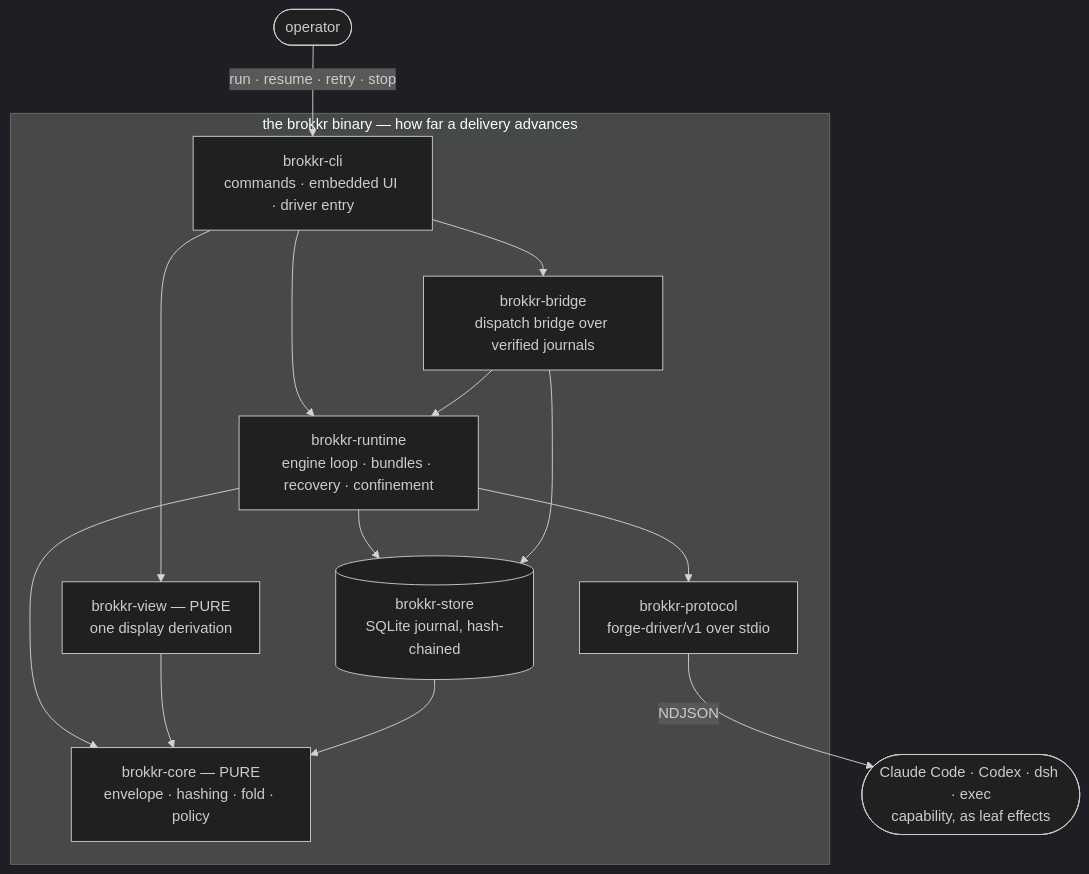
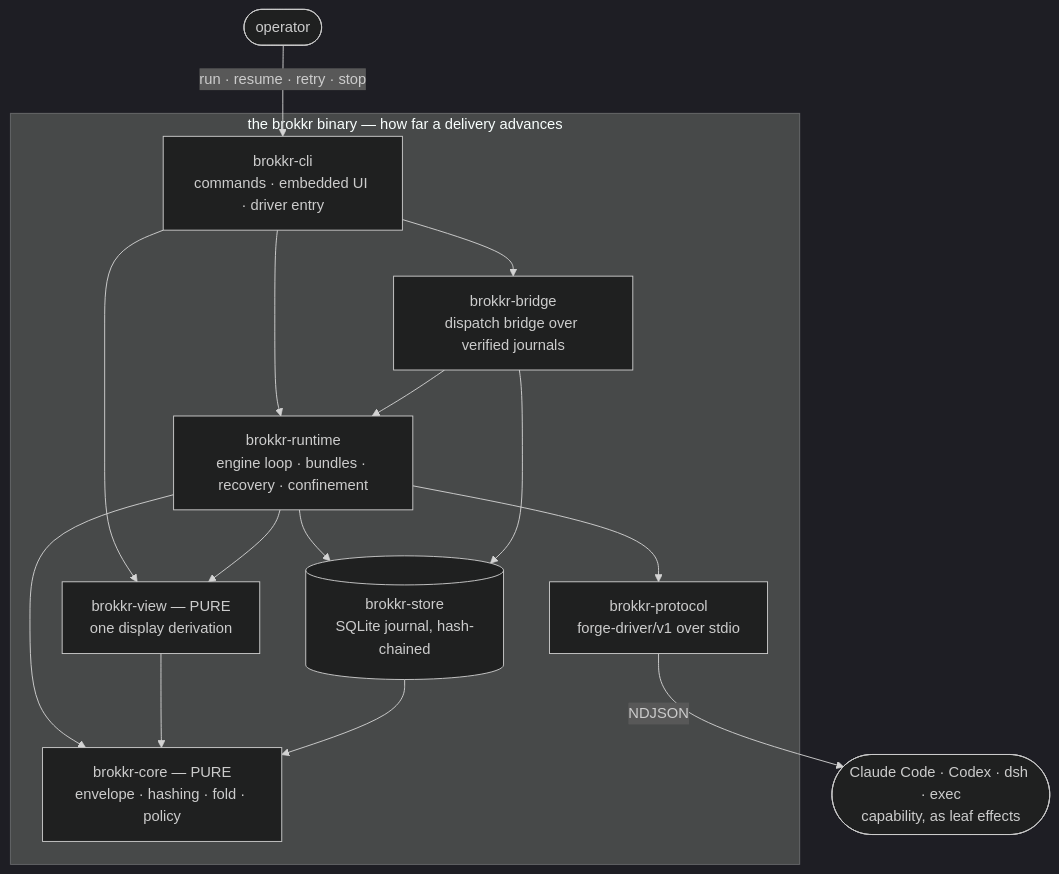
One commit to feedback-loop-ai/brokkr changed the first of 8 diagrams in ARCHITECTURE.md. Above: the diagram before and after it, drawn with Mermaid (dark theme). The commit also changed 21 other files, not shown here.

````diff
--- a/ARCHITECTURE.md
+++ b/ARCHITECTURE.md
@@ -16,19 +16,19 @@
 ```mermaid
 flowchart TB
   operator([operator]) -- "run · resume · retry · stop" --> cli
   subgraph binary["the brokkr binary — how far a delivery advances"]
     cli["brokkr-cli<br/>commands · embedded UI · driver entry"]
     runtime["brokkr-runtime<br/>engine loop · bundles · recovery · confinement"]
     core["brokkr-core — PURE<br/>envelope · hashing · fold · policy"]
     store[("brokkr-store<br/>SQLite journal, hash-chained")]
     protocol["brokkr-protocol<br/>forge-driver/v1 over stdio"]
     view["brokkr-view — PURE<br/>one display derivation"]
     bridge["brokkr-bridge<br/>dispatch bridge over verified journals"]
     cli --> runtime & view & bridge
-    runtime --> core & store & protocol
+    runtime --> core & store & protocol & view
     view --> core
     bridge --> store & runtime
     store --> core
   end
   protocol -- "NDJSON" --> harness([Claude Code · Codex · dsh · exec<br/>capability, as leaf effects])
 ```
````
